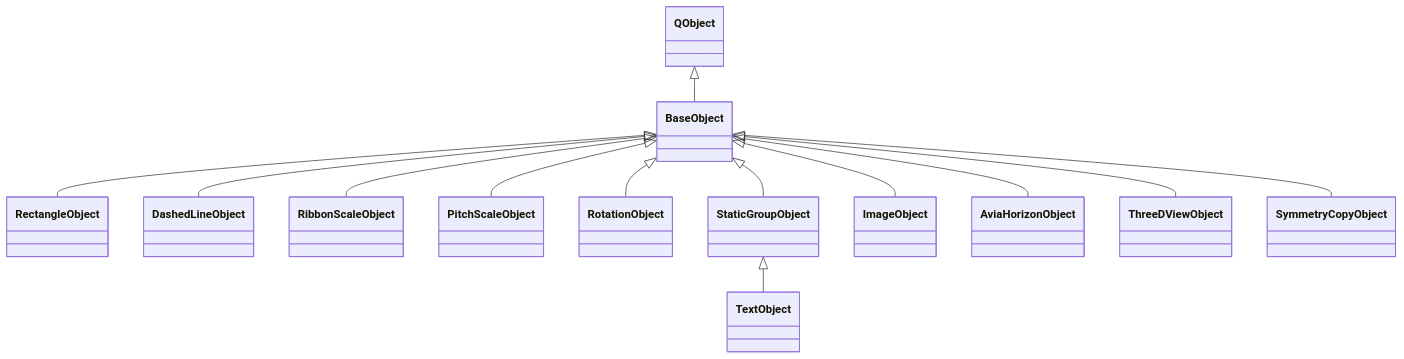
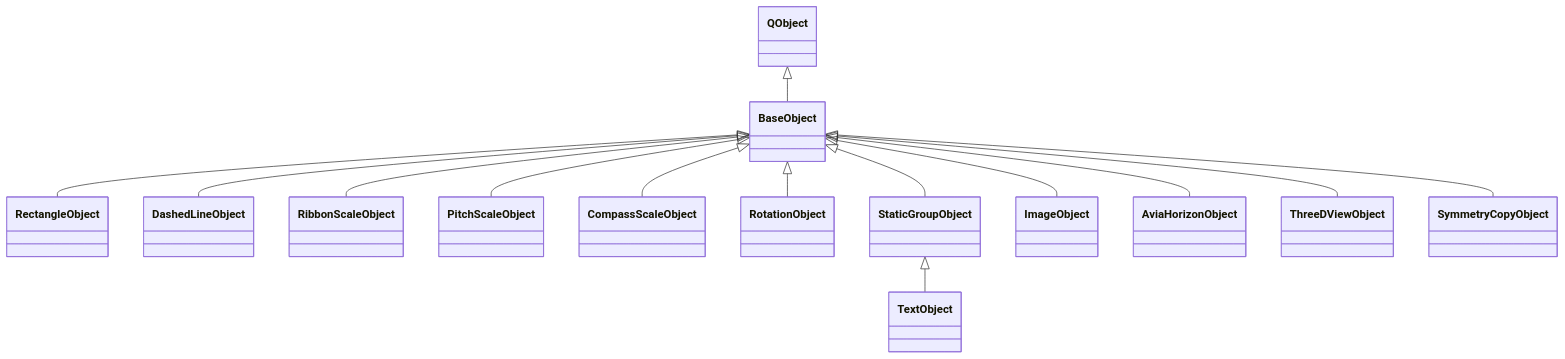
The diagram in help/03-objects-and-resources.md (Hemaxa/AvionixDesigner), drawn with Mermaid before and after one commit. The commit also changed other lines of this file and 26 other files, not shown here.

````diff
--- a/help/03-objects-and-resources.md
+++ b/help/03-objects-and-resources.md
@@ -22,15 +22,16 @@
 ```mermaid
 classDiagram
     QObject <|-- BaseObject
     BaseObject <|-- RectangleObject
     BaseObject <|-- DashedLineObject
     BaseObject <|-- RibbonScaleObject
     BaseObject <|-- PitchScaleObject
+    BaseObject <|-- CompassScaleObject
     BaseObject <|-- RotationObject
     BaseObject <|-- StaticGroupObject
     StaticGroupObject <|-- TextObject
     BaseObject <|-- ImageObject
     BaseObject <|-- AviaHorizonObject
     BaseObject <|-- ThreeDViewObject
     BaseObject <|-- SymmetryCopyObject
 ```
````
